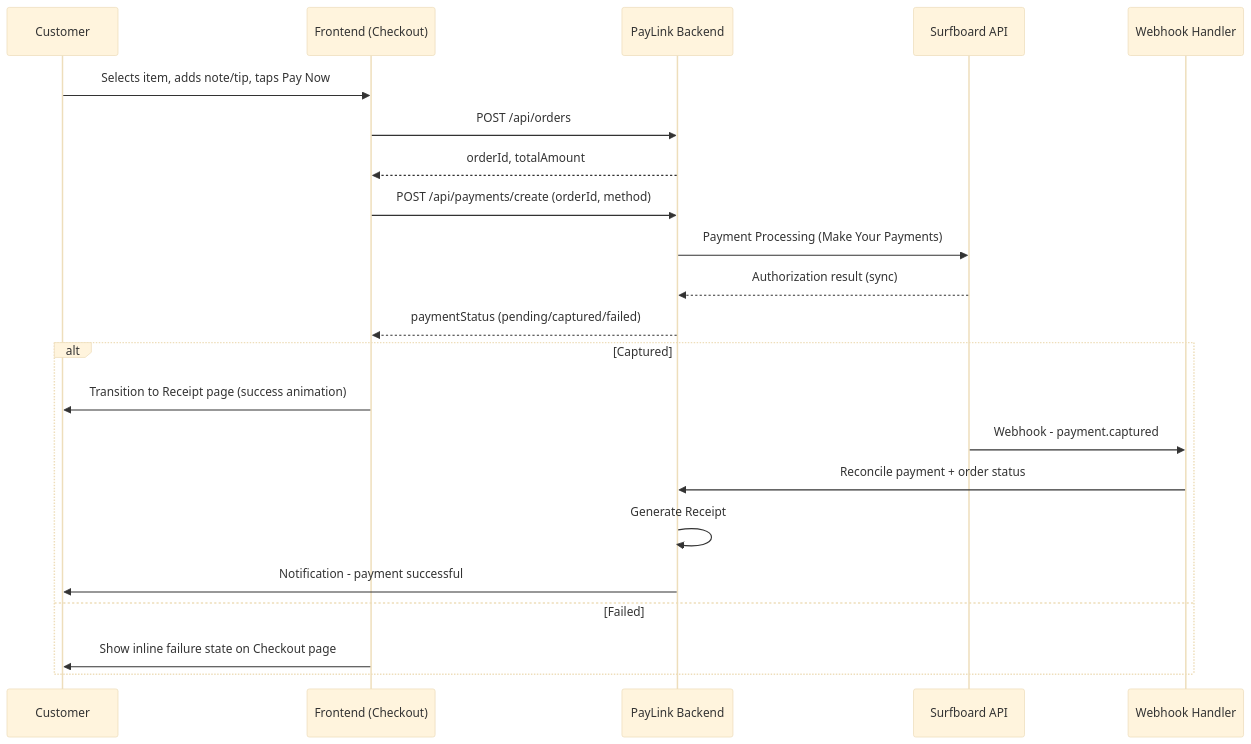
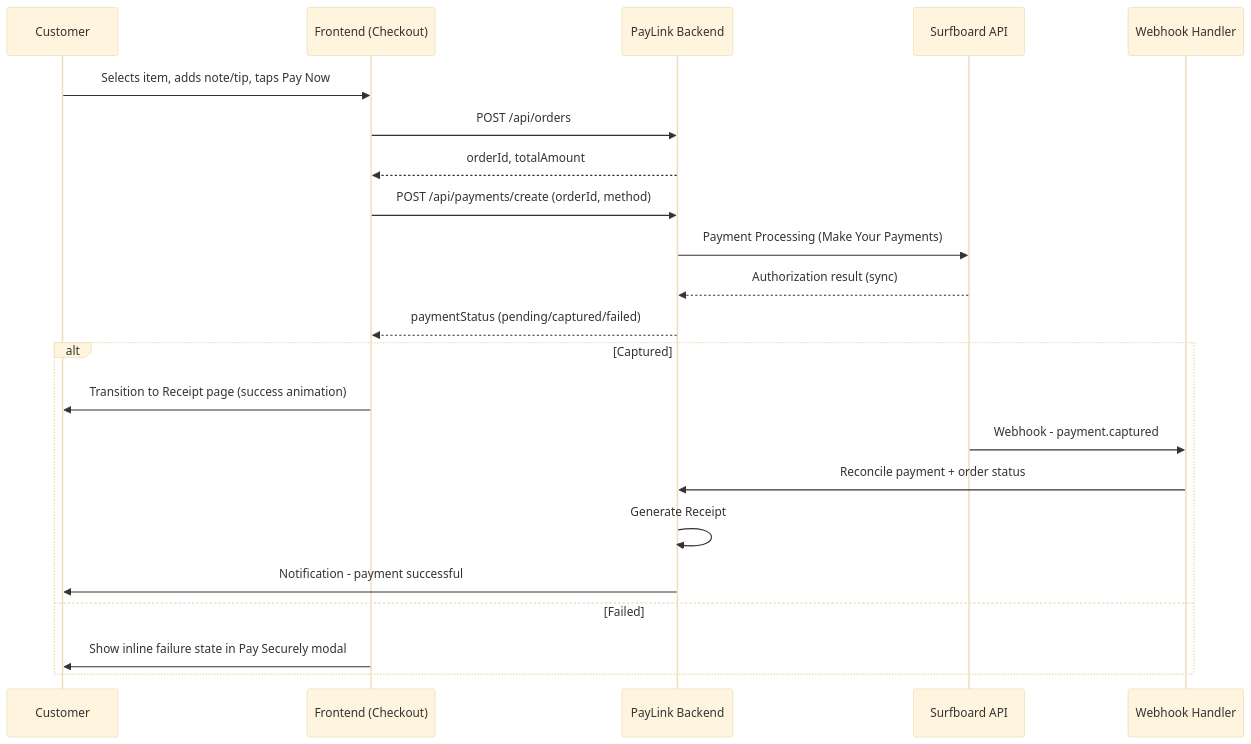
One commit to Pandiyaraj2004/Paylink changed the seventh of 9 diagrams in master-doc.md. Above: the diagram before and after it, drawn with Mermaid (base theme). The commit also changed other lines of this file and 177 other files, not shown here.

````diff
--- a/master-doc.md
+++ b/master-doc.md
@@ -1694,25 +1937,25 @@
 ```mermaid
 sequenceDiagram
     participant C as Customer
     participant FE as Frontend (Checkout)
     participant BE as PayLink Backend
     participant SB as Surfboard API
     participant WH as Webhook Handler
 
     C->>FE: Selects item, adds note/tip, taps Pay Now
     FE->>BE: POST /api/orders
     BE-->>FE: orderId, totalAmount
     FE->>BE: POST /api/payments/create (orderId, method)
     BE->>SB: Payment Processing (Make Your Payments)
     SB-->>BE: Authorization result (sync)
     BE-->>FE: paymentStatus (pending/captured/failed)
     alt Captured
         FE->>C: Transition to Receipt page (success animation)
         SB->>WH: Webhook - payment.captured
         WH->>BE: Reconcile payment + order status
         BE->>BE: Generate Receipt
         BE->>C: Notification - payment successful
     else Failed
-        FE->>C: Show inline failure state on Checkout page
+        FE->>C: Show inline failure state in Pay Securely modal
     end
 ```
````
